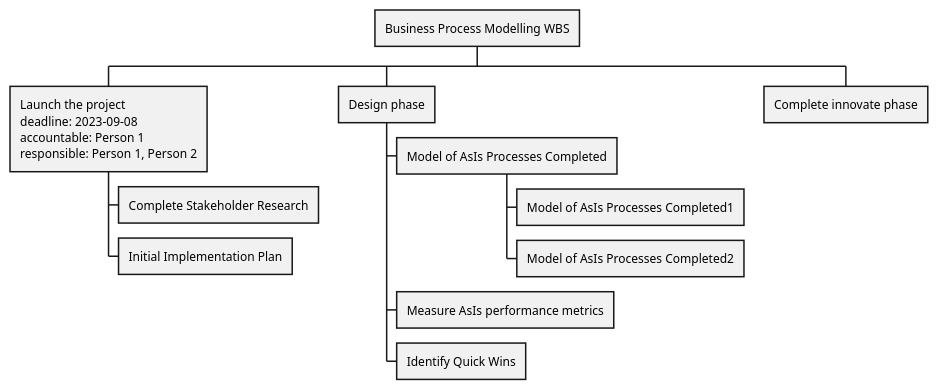
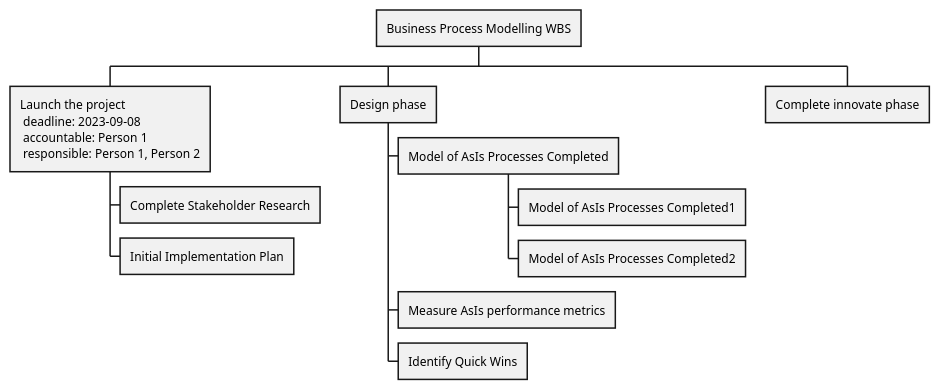
Before and after one commit to v-mikhalev/engx: the diagram in assets/puml/wbs.puml, drawn with PlantUML. The commit also changed 8 other files, not shown here.

```diff
--- a/assets/puml/wbs.puml
+++ b/assets/puml/wbs.puml
@@ -1,13 +1,13 @@
 @startwbs
 * Business Process Modelling WBS
-** Launch the project\ndeadline: 2023-09-08\naccountable: Person 1\nresponsible: Person 1, Person 2
+** Launch the project\n deadline: 2023-09-08\n accountable: Person 1\n responsible: Person 1, Person 2
 *** Complete Stakeholder Research
 *** Initial Implementation Plan
 ** Design phase
 *** Model of AsIs Processes Completed
 **** Model of AsIs Processes Completed1
 **** Model of AsIs Processes Completed2
 *** Measure AsIs performance metrics
 *** Identify Quick Wins
 ** Complete innovate phase
 @endwbs
```
